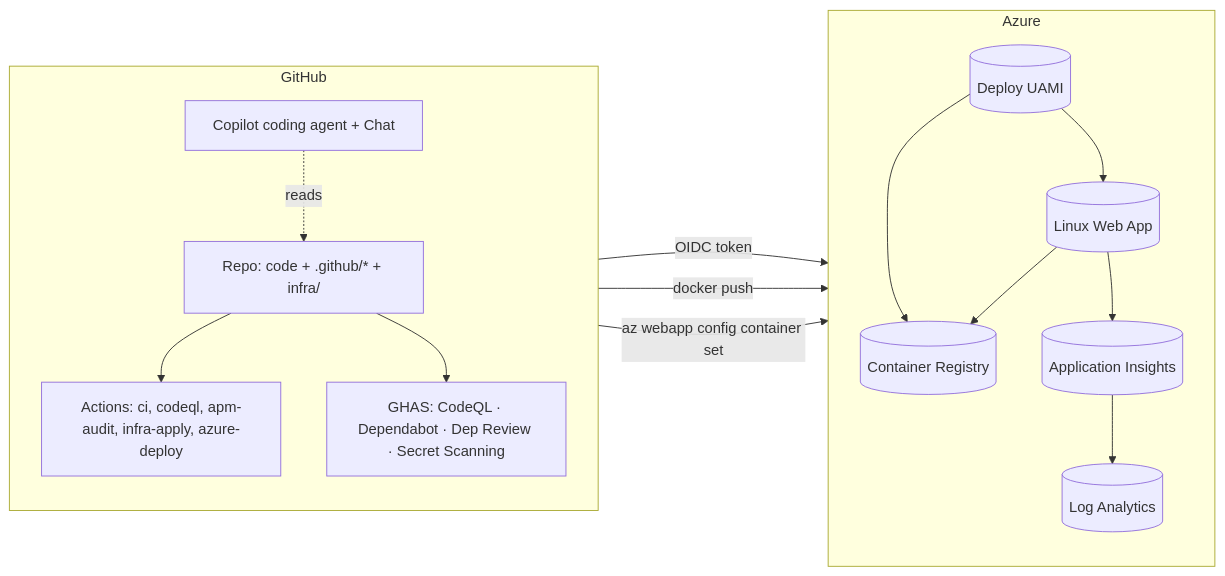
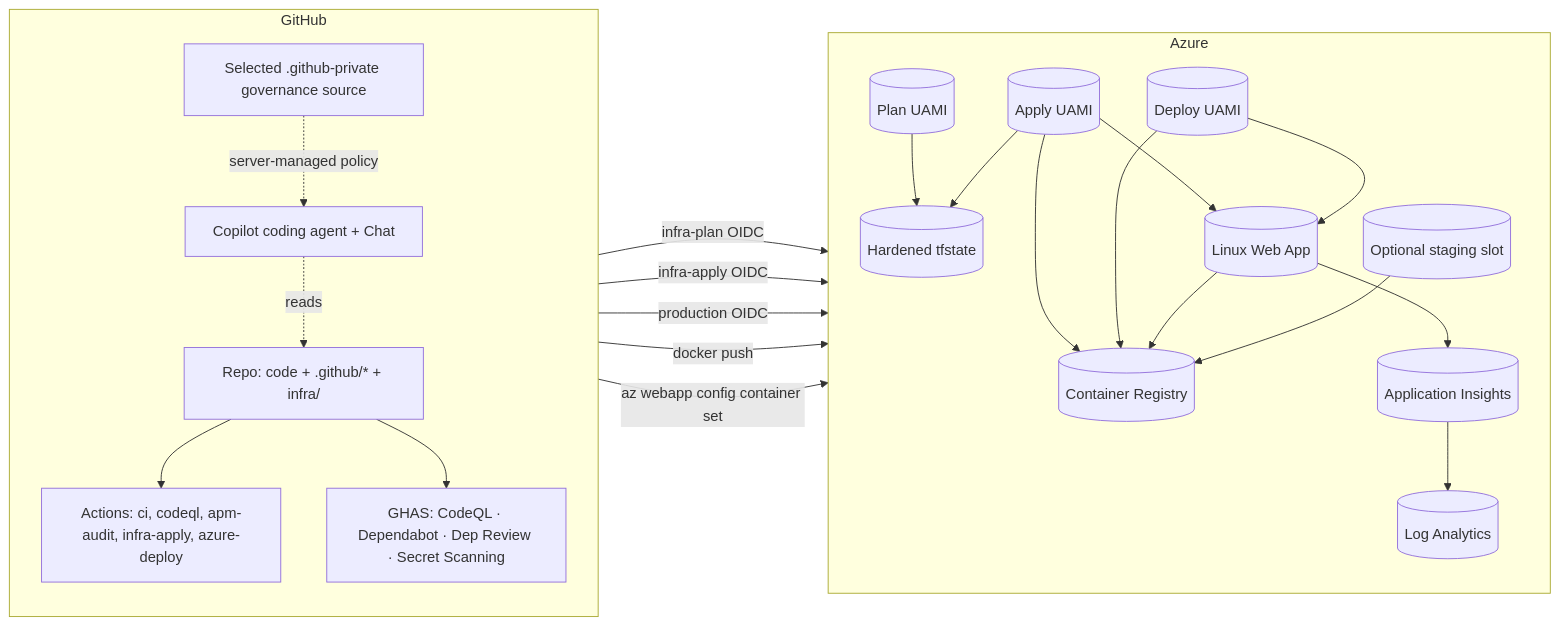
One commit to VeVarunSharma/github-agentic-sdlc-starter-pack changed the diagram in docs/architecture.md. Above: the diagram before and after it, drawn with Mermaid. The commit also changed other lines of this file and 202 other files, not shown here.

````diff
--- a/docs/architecture.md
+++ b/docs/architecture.md
@@ -10,29 +10,42 @@
 ```mermaid
 flowchart LR
   subgraph GitHub["GitHub"]
     direction TB
+    Governance[Selected .github-private governance source]
     Repo[Repo: code + .github/* + infra/]
     Actions[Actions: ci, codeql, apm-audit, infra-apply, azure-deploy]
     GHAS[GHAS: CodeQL · Dependabot · Dep Review · Secret Scanning]
     Copilot[Copilot coding agent + Chat]
+    Governance -.server-managed policy.-> Copilot
     Repo --> Actions
     Repo --> GHAS
     Copilot -.reads.-> Repo
   end
   subgraph Azure["Azure"]
     direction TB
-    UAMI[(Deploy UAMI)]
+    PlanID[(Plan UAMI)]
+    ApplyID[(Apply UAMI)]
+    DeployID[(Deploy UAMI)]
+    State[(Hardened tfstate)]
     ACR[(Container Registry)]
     App[(Linux Web App)]
+    Slot[(Optional staging slot)]
     LAW[(Log Analytics)]
     AppI[(Application Insights)]
-    UAMI --> ACR
-    UAMI --> App
+    PlanID --> State
+    ApplyID --> State
+    ApplyID --> ACR
+    ApplyID --> App
+    DeployID --> ACR
+    DeployID --> App
     App --> ACR
+    Slot --> ACR
     App --> AppI
     AppI --> LAW
   end
-  Actions -- OIDC token --> UAMI
+  Actions -- infra-plan OIDC --> PlanID
+  Actions -- infra-apply OIDC --> ApplyID
+  Actions -- production OIDC --> DeployID
   Actions -- docker push --> ACR
   Actions -- az webapp config container set --> App
 ```
````
